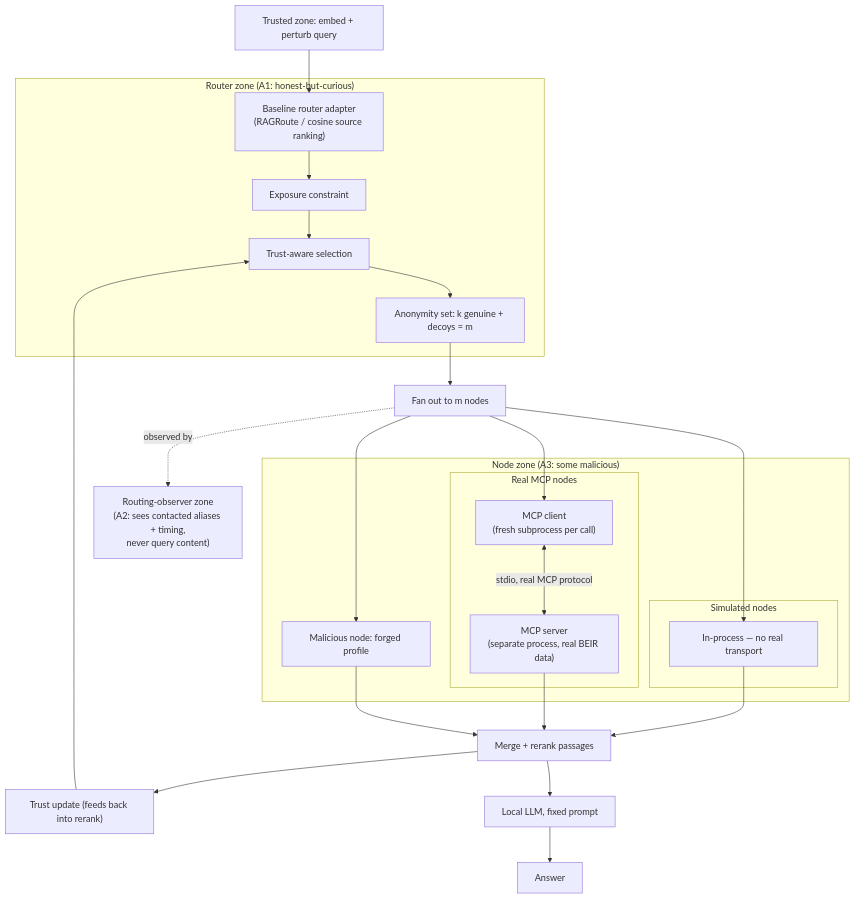
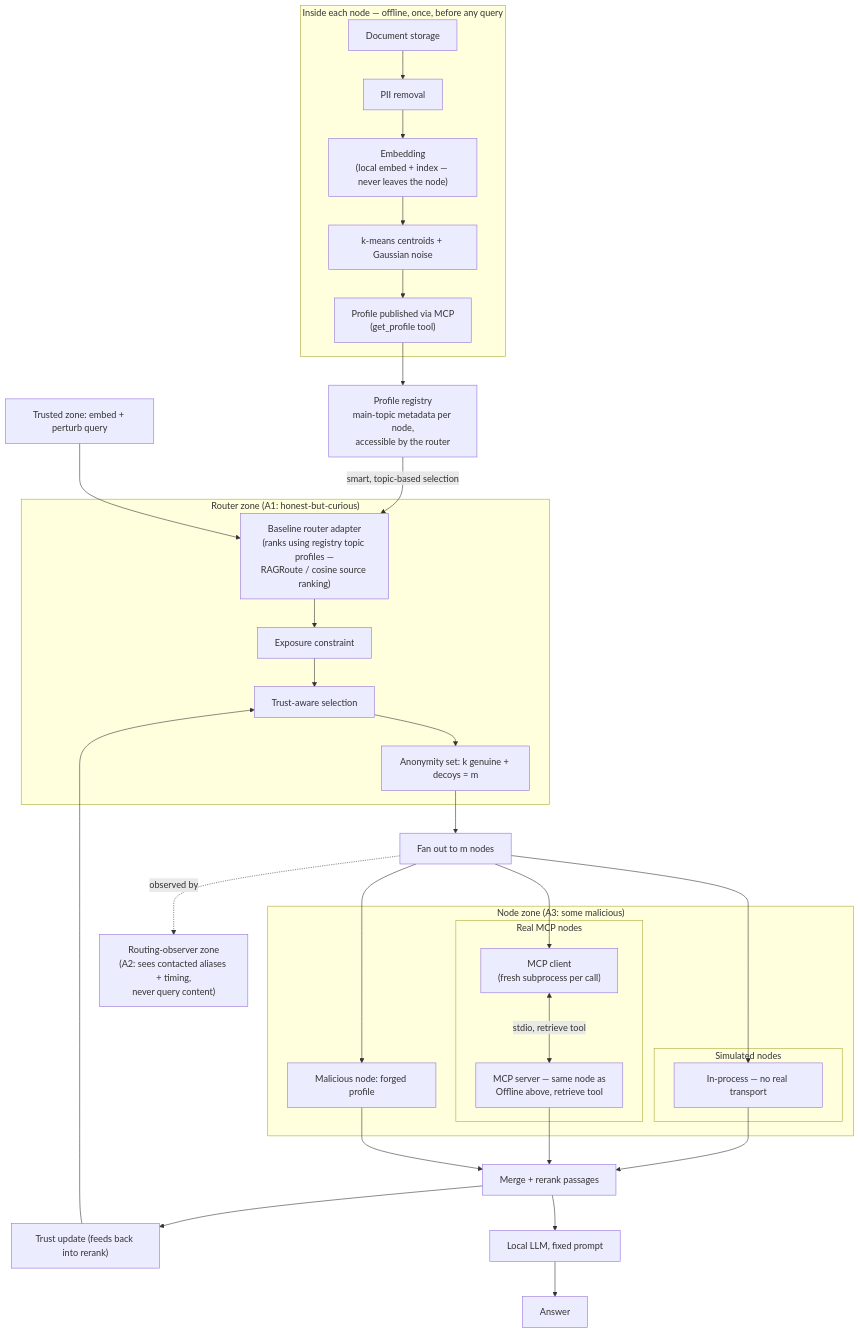
The diagram in docs/03-architecture.md (Kavishcan/fyp), drawn with Mermaid before and after one commit. The commit also changed other lines of this file and 11 other files, not shown here.

Commit message:
feat: implement node removal functionality and corresponding tests

````diff
--- a/docs/03-architecture.md
+++ b/docs/03-architecture.md
@@ -46,41 +46,55 @@
 ```mermaid
 graph TD
+    subgraph Offline["Inside each node — offline, once, before any query"]
+        DocStore["Document storage"]
+        PIIRemove["PII removal"]
+        Embed2["Embedding\n(local embed + index — never leaves the node)"]
+        Cluster["k-means centroids + Gaussian noise"]
+        Publish["Profile published via MCP\n(get_profile tool)"]
+        DocStore --> PIIRemove --> Embed2 --> Cluster --> Publish
+    end
+
+    Registry["Profile registry\nmain-topic metadata per node,\naccessible by the router"]
+    Publish --> Registry
+
     User["Trusted zone: embed + perturb query"]
 
     subgraph Router["Router zone (A1: honest-but-curious)"]
-        Baseline["Baseline router adapter\n(RAGRoute / cosine source ranking)"]
+        Baseline["Baseline router adapter\n(ranks using registry topic profiles —\nRAGRoute / cosine source ranking)"]
         Exposure["Exposure constraint"]
         TrustSelect["Trust-aware selection"]
         Anon["Anonymity set: k genuine + decoys = m"]
     end
+
+    Registry -->|"smart, topic-based selection"| Baseline
 
     FanOut["Fan out to m nodes"]
 
     subgraph NodeZone["Node zone (A3: some malicious)"]
         subgraph SimNodes["Simulated nodes"]
             InProc["In-process — no real transport"]
         end
         subgraph MCPNodes["Real MCP nodes"]
             MCPClient["MCP client\n(fresh subprocess per call)"]
-            MCPServer["MCP server\n(separate process, real BEIR data)"]
-            MCPClient <-->|"stdio, real MCP protocol"| MCPServer
+            MCPServer["MCP server — same node as\nOffline above, retrieve tool"]
+            MCPClient <-->|"stdio, retrieve tool"| MCPServer
         end
         Forged["Malicious node: forged profile"]
     end
 
     Merge["Merge + rerank passages"]
     TrustUpdate["Trust update (feeds back into rerank)"]
     LLM["Local LLM, fixed prompt"]
     Answer["Answer"]
 
     Observer["Routing-observer zone\n(A2: sees contacted aliases + timing,\nnever query content)"]
 
     User --> Baseline --> Exposure --> TrustSelect --> Anon --> FanOut
     FanOut --> InProc --> Merge
     FanOut --> MCPClient
     MCPServer --> Merge
     FanOut --> Forged --> Merge
     Merge --> TrustUpdate --> TrustSelect
     Merge --> LLM --> Answer
     FanOut -.->|"observed by"| Observer
 ```
````
